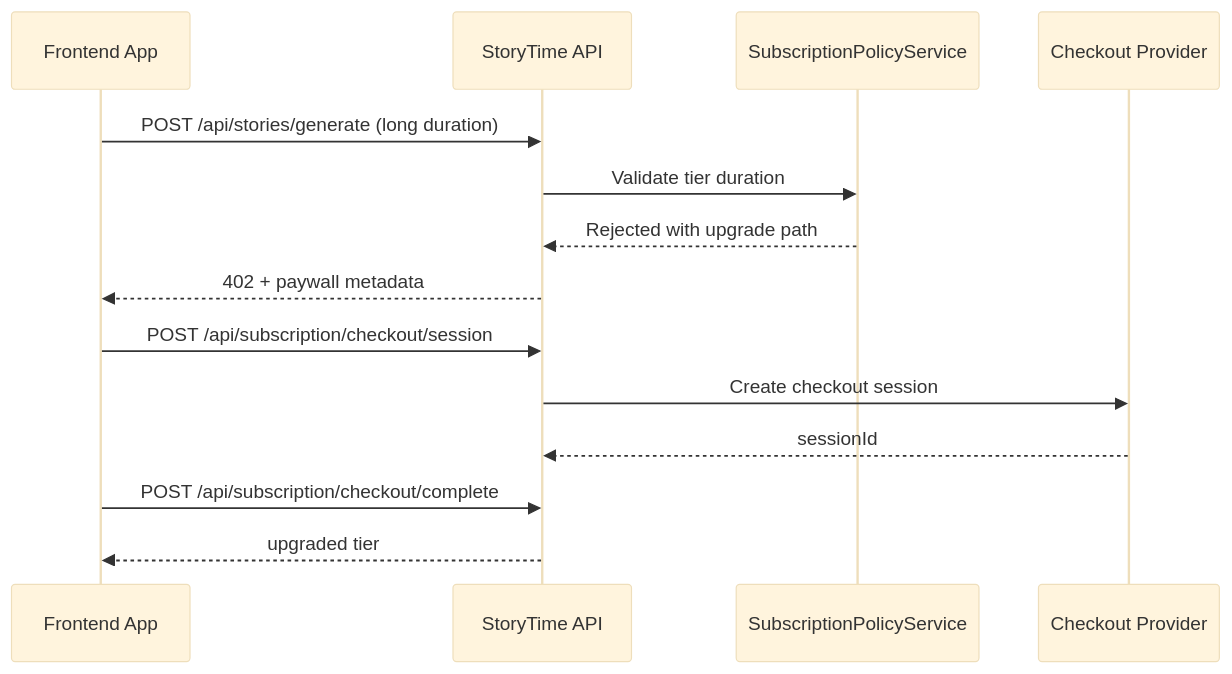
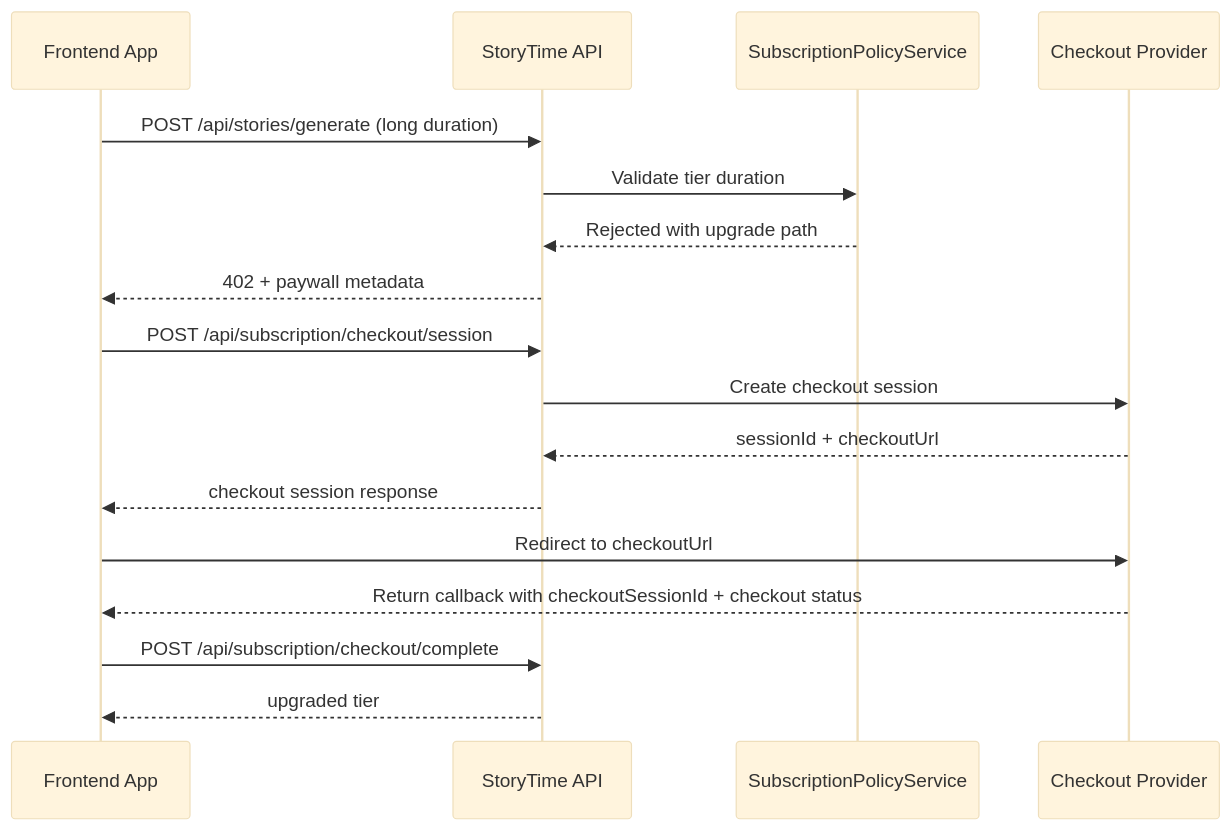
One commit to frostaura/fa.story-time changed the fifth of 5 diagrams in docs/sequence.md. Above: the diagram before and after it, drawn with Mermaid (base theme). The commit also changed other lines of this file and 93 other files, not shown here.

````diff
--- a/docs/sequence.md
+++ b/docs/sequence.md
@@ -72,17 +80,20 @@
 ```mermaid
 sequenceDiagram
   participant UI as Frontend App
   participant API as StoryTime API
   participant Policy as SubscriptionPolicyService
   participant Checkout as Checkout Provider
 
   UI->>API: POST /api/stories/generate (long duration)
   API->>Policy: Validate tier duration
   Policy-->>API: Rejected with upgrade path
   API-->>UI: 402 + paywall metadata
   UI->>API: POST /api/subscription/checkout/session
   API->>Checkout: Create checkout session
-  Checkout-->>API: sessionId
+  Checkout-->>API: sessionId + checkoutUrl
+  API-->>UI: checkout session response
+  UI->>Checkout: Redirect to checkoutUrl
+  Checkout-->>UI: Return callback with checkoutSessionId + checkout status
   UI->>API: POST /api/subscription/checkout/complete
   API-->>UI: upgraded tier
 ```
````
